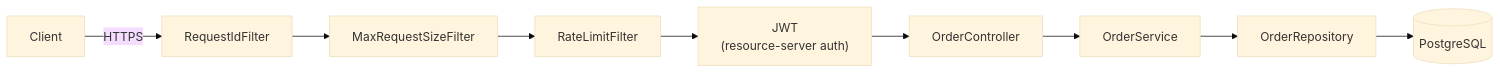
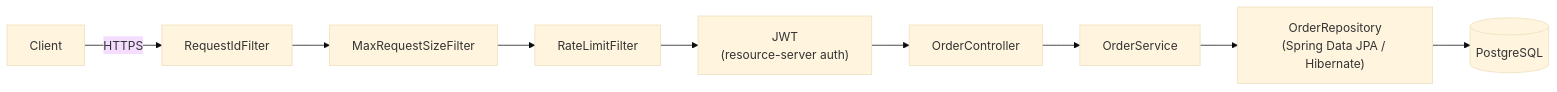
The first of 2 diagrams in README.md (ronybrand/spring-order-api), drawn with Mermaid (base theme) before and after one commit. The commit also changed other lines of this file, not shown here.

Commit message:
docs(readme): mention Spring Data JPA / Hibernate as the ORM
Matches how the nest (TypeORM) and fastapi (SQLAlchemy) sibling
READMEs already name their ORM in the stack list and flow diagram.

````diff
--- a/README.md
+++ b/README.md
@@ -16,4 +16,4 @@
 ```mermaid
 flowchart LR
-    Client -->|HTTPS| RequestId[RequestIdFilter] --> MaxSize[MaxRequestSizeFilter] --> RateLimit[RateLimitFilter] --> JWT["JWT<br/>(resource-server auth)"] --> Controller[OrderController] --> OrderService --> Repository[OrderRepository] --> DB[(PostgreSQL)]
+    Client -->|HTTPS| RequestId[RequestIdFilter] --> MaxSize[MaxRequestSizeFilter] --> RateLimit[RateLimitFilter] --> JWT["JWT<br/>(resource-server auth)"] --> Controller[OrderController] --> OrderService --> Repository["OrderRepository<br/>(Spring Data JPA / Hibernate)"] --> DB[(PostgreSQL)]
 ```
````
